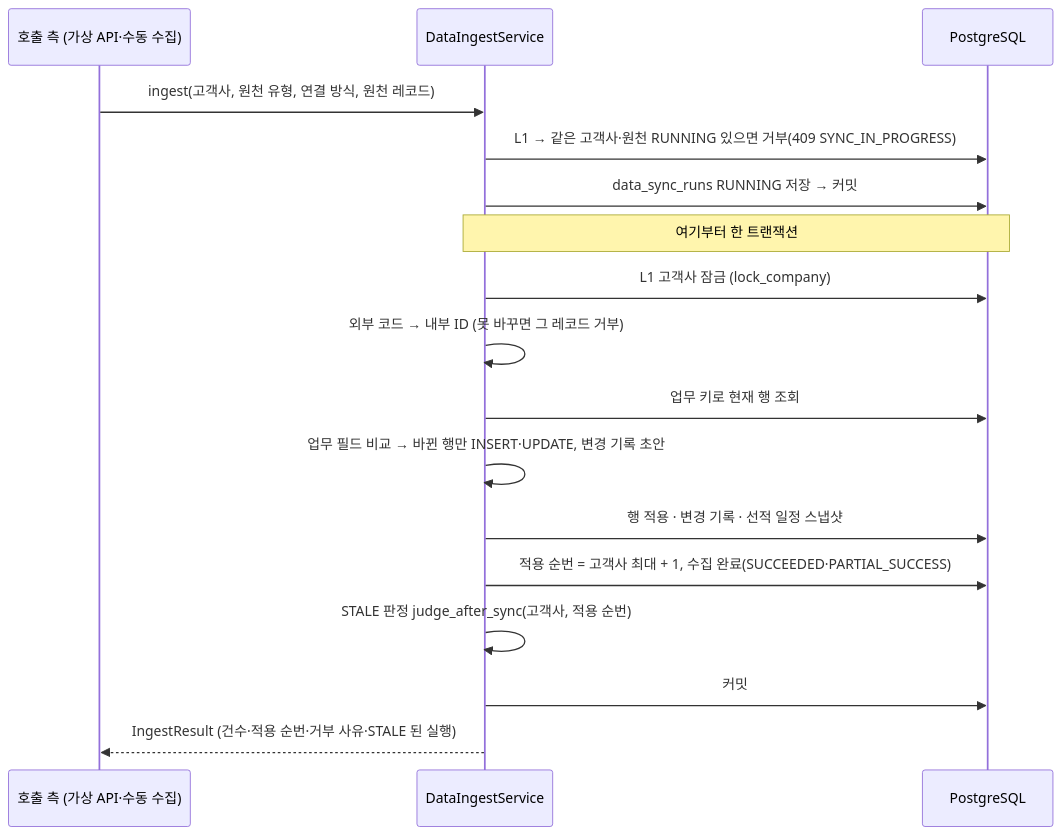
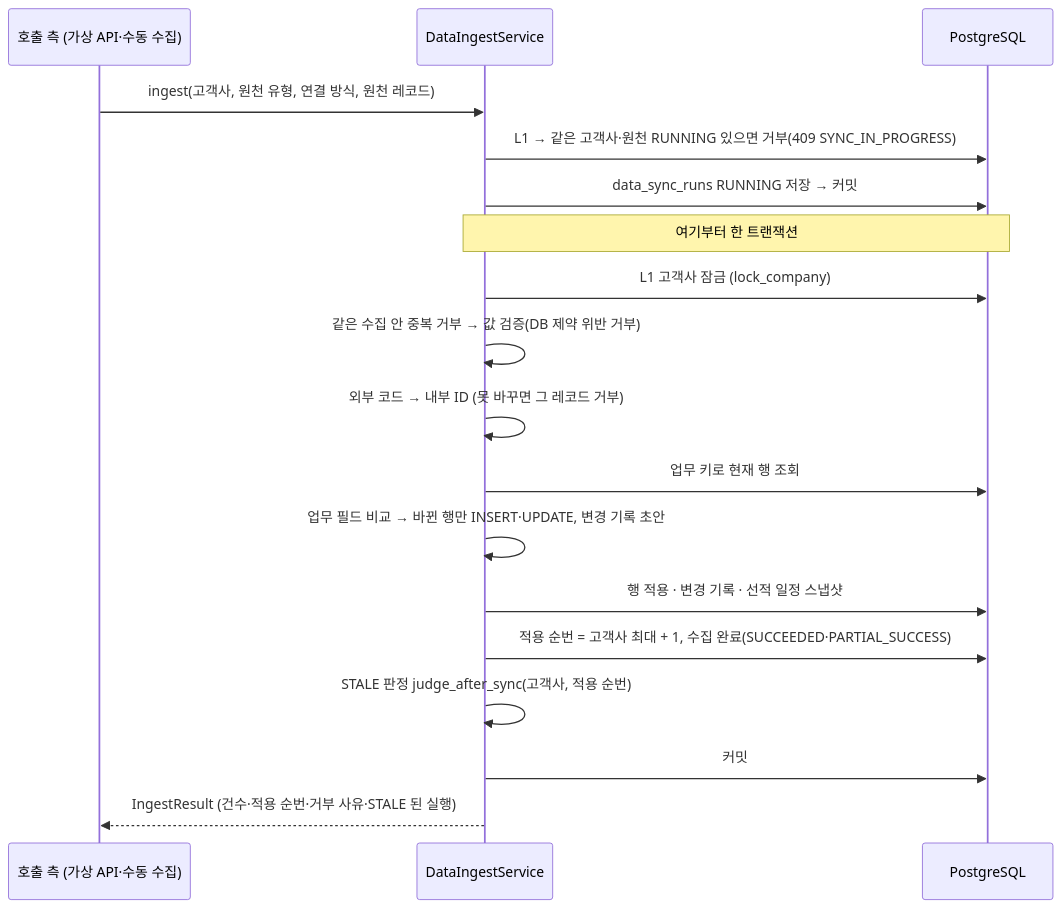
The diagram in docs/data-sync/ingest.md (K-GlowShip/glowship-server), drawn with Mermaid before and after one commit. The commit also changed other lines of this file and 4 other files, not shown here.

````diff
--- a/docs/data-sync/ingest.md
+++ b/docs/data-sync/ingest.md
@@ -9,20 +9,21 @@
 ```mermaid
 sequenceDiagram
     participant C as 호출 측 (가상 API·수동 수집)
     participant S as DataIngestService
     participant DB as PostgreSQL
 
     C->>S: ingest(고객사, 원천 유형, 연결 방식, 원천 레코드)
     S->>DB: L1 → 같은 고객사·원천 RUNNING 있으면 거부(409 SYNC_IN_PROGRESS)
     S->>DB: data_sync_runs RUNNING 저장 → 커밋
     Note over S,DB: 여기부터 한 트랜잭션
     S->>DB: L1 고객사 잠금 (lock_company)
+    S->>S: 같은 수집 안 중복 거부 → 값 검증(DB 제약 위반 거부)
     S->>S: 외부 코드 → 내부 ID (못 바꾸면 그 레코드 거부)
     S->>DB: 업무 키로 현재 행 조회
     S->>S: 업무 필드 비교 → 바뀐 행만 INSERT·UPDATE, 변경 기록 초안
     S->>DB: 행 적용 · 변경 기록 · 선적 일정 스냅샷
     S->>DB: 적용 순번 = 고객사 최대 + 1, 수집 완료(SUCCEEDED·PARTIAL_SUCCESS)
     S->>S: STALE 판정 judge_after_sync(고객사, 적용 순번)
     S->>DB: 커밋
     S-->>C: IngestResult (건수·적용 순번·거부 사유·STALE 된 실행)
 ```
````
